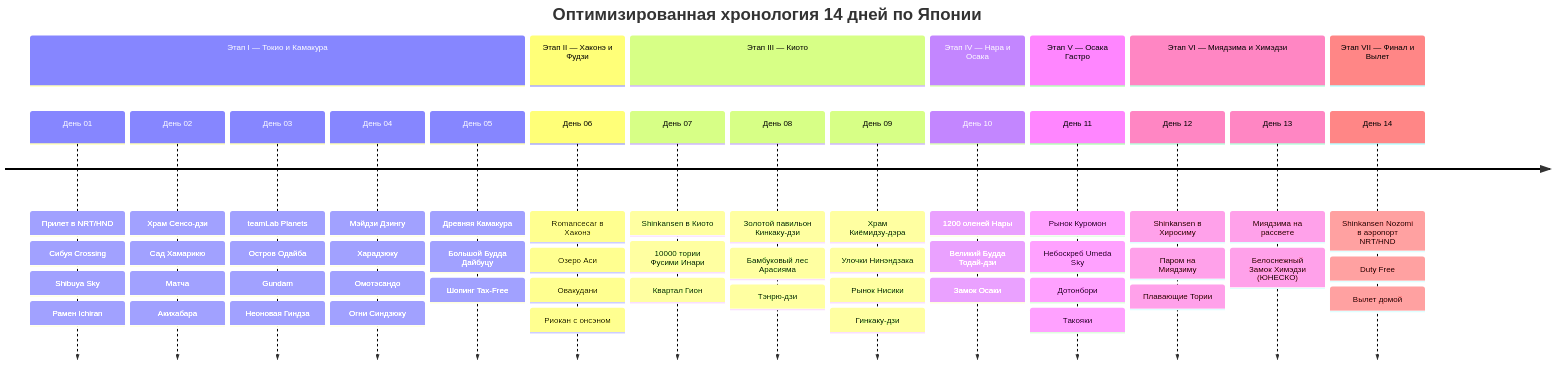
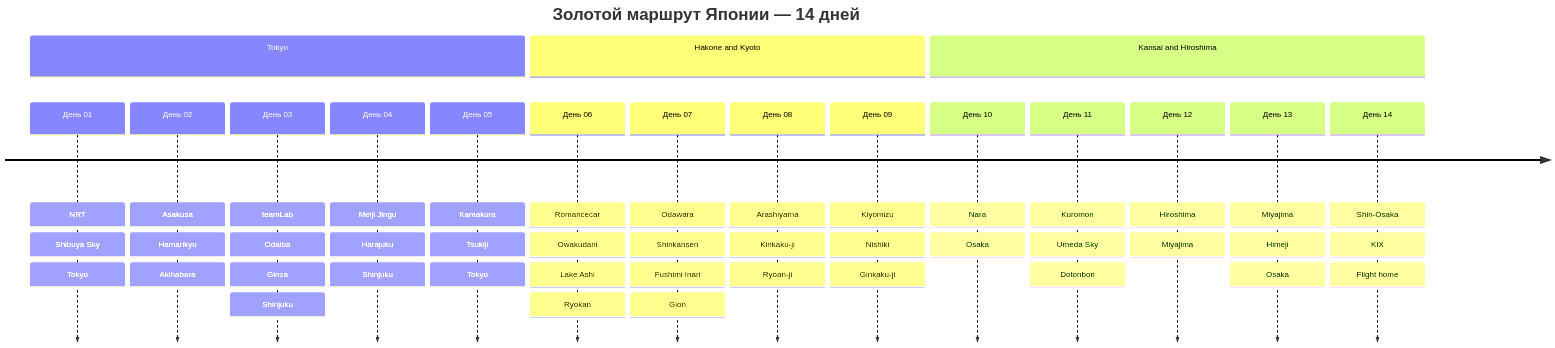
One commit to injurka/obsidian-mark changed the diagram in Personal Note/Travel/-- Japan/Japan.md. Above: the diagram before and after it, drawn with Mermaid. The commit also changed other lines of this file and 50 other files, not shown here.

````diff
--- a/Personal Note/Travel/-- Japan/Japan.md
+++ b/Personal Note/Travel/-- Japan/Japan.md
@@ -19,25 +43,21 @@
 ```mermaid
 timeline
-    title Оптимизированная хронология 14 дней по Японии
-    section Этап I — Токио и Камакура
-        День 01 : Прилет в NRT/HND : Сибуя Crossing : Shibuya Sky : Рамен Ichiran
-        День 02 : Храм Сенсо-дзи : Сад Хамарикю : Матча : Акихабара
-        День 03 : teamLab Planets : Остров Одайба : Gundam : Неоновая Гиндза
-        День 04 : Мэйдзи Дзингу : Харадзюку : Омотэсандо : Огни Синдзюку
-        День 05 : Древняя Камакура : Большой Будда Дайбуцу : Шопинг Tax-Free
-    section Этап II — Хаконэ и Фудзи
-        День 06 : Romancecar в Хаконэ : Озеро Аси : Овакудани : Риокан с онсэном
-    section Этап III — Киото
-        День 07 : Shinkansen в Киото : 10000 тории Фусими Инари : Квартал Гион
-        День 08 : Золотой павильон Кинкаку-дзи : Бамбуковый лес Арасияма : Тэнрю-дзи
-        День 09 : Храм Киёмидзу-дэра : Улочки Нинэндзака : Рынок Нисики : Гинкаку-дзи
-    section Этап IV — Нара и Осака
-        День 10 : 1200 оленей Нары : Великий Будда Тодай-дзи : Замок Осаки
-    section Этап V — Осака Гастро
-        День 11 : Рынок Куромон : Небоскреб Umeda Sky : Дотонбори : Такояки
-    section Этап VI — Миядзима и Химэдзи
-        День 12 : Shinkansen в Хиросиму : Паром на Миядзиму : Плавающие Тории
-        День 13 : Миядзима на рассвете : Белоснежный Замок Химэдзи (ЮНЕСКО)
-    section Этап VII — Финал и Вылет
-        День 14 : Shinkansen Nozomi в аэропорт NRT/HND : Duty Free : Вылет домой
+    title Золотой маршрут Японии — 14 дней
+    section Tokyo
+        День 01 : NRT : Shibuya Sky : Tokyo
+        День 02 : Asakusa : Hamarikyu : Akihabara
+        День 03 : teamLab : Odaiba : Ginza : Shinjuku
+        День 04 : Meiji Jingu : Harajuku : Shinjuku
+        День 05 : Kamakura : Tsukiji : Tokyo
+    section Hakone and Kyoto
+        День 06 : Romancecar : Owakudani : Lake Ashi : Ryokan
+        День 07 : Odawara : Shinkansen : Fushimi Inari : Gion
+        День 08 : Arashiyama : Kinkaku-ji : Ryoan-ji
+        День 09 : Kiyomizu : Nishiki : Ginkaku-ji
+    section Kansai and Hiroshima
+        День 10 : Nara : Osaka
+        День 11 : Kuromon : Umeda Sky : Dotonbori
+        День 12 : Hiroshima : Miyajima
+        День 13 : Miyajima : Himeji : Osaka
+        День 14 : Shin-Osaka : KIX : Flight home
 ```
````
